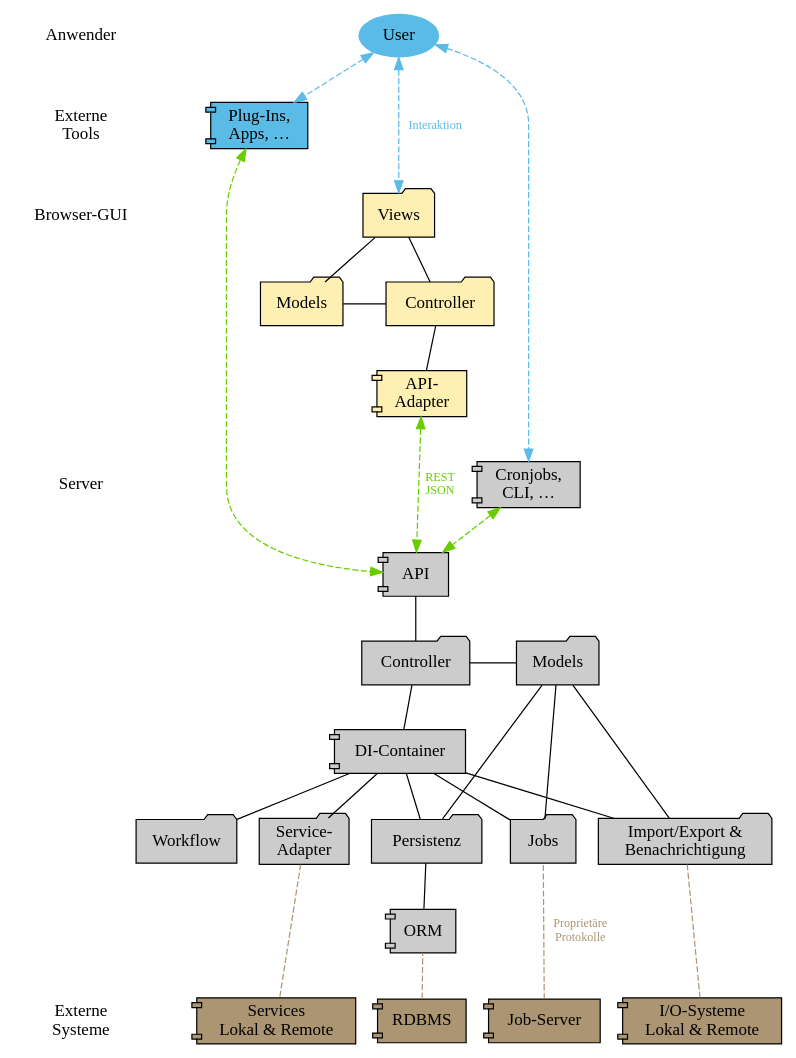
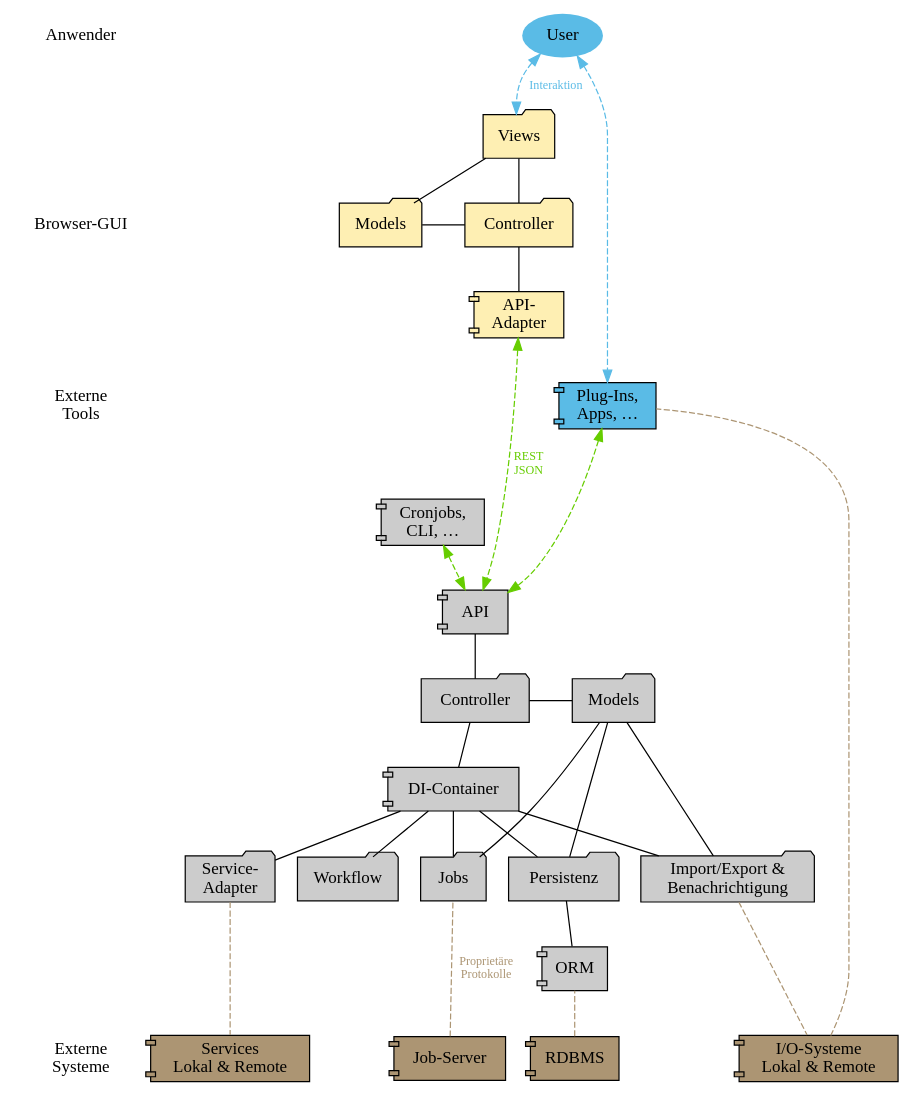
One commit to retext/retext changed the diagram in documents/thesis/media/komponenten.dot. Above: the diagram before and after it, drawn with Graphviz. The commit also changed 4 other files, not shown here.

```diff
--- a/documents/thesis/media/komponenten.dot
+++ b/documents/thesis/media/komponenten.dot
@@ -1,145 +1,148 @@
 digraph G {
 rankdir=TB
 
 edge [ arrowhead=onormal dir=forward fontsize=10 ]
+
 node [ style=filled fillcolor="#5abbe6" ]
 
 subgraph user {
   rank=same 
   ruser [ label="Anwender" shape=none style=solid ]
   user [ style=filled label="User" penwidth=0 ]
 }
 
+node [ fillcolor="#feefb3" ]
 
 subgraph c1 {
   rank=same
-  r1 [ label="Externe\nTools" shape=none style=solid ]
-  PlugIns [ shape=component label="Plug-Ins,\nApps, …" ]
+  r1 [ style=invis ]
+  GuiViews [ label="Views" shape=folder ]
 }
 
-node [ fillcolor="#feefb3" ]
+
 
 subgraph c2 {
   rank=same
   r2 [ label="Browser-GUI" shape=none style=solid ]
-  GuiViews [ label="Views" shape=folder ]
+  GuiController [ label=Controller shape=folder ]
+  GuiModels [ label=Models shape=folder ]
 }
 
 subgraph c3 {
   rank=same
   r3 [ style=invis ]
-  GuiController [ label=Controller shape=folder ]
-  GuiModels [ label=Models shape=folder ]
+  ApiAdapter [ label="API-\nAdapter" shape=component ]
 }
+
+node [ fillcolor="#5abbe6" ]
 
 subgraph c4 {
   rank=same
-  r4 [ style=invis ]
-  ApiAdapter [ label="API-\nAdapter" shape=component ]
+  r4 [ label="Externe\nTools" shape=none style=solid ]
+  
+PlugIns [ shape=component label="Plug-Ins,\nApps, …" ]
 }
 
 node [ fillcolor="#cccccc" penwidth=1 ]
 
 subgraph c5 {
   rank=same
-  r5 [ label="Server" shape=none style=solid ]
+  r5 [ style=invis ]
   Shell [ shape=component label="Cronjobs,\nCLI, …" ]
 }
 
 subgraph c6 {
   rank=same
   r6 [ style=invis ]
   API [ shape=component ]
 }
 
 subgraph c7 {
   rank=same
   r7 [ style=invis ]
   Controller [ shape=folder ]
   Models [ shape=folder ]
 }
 
 subgraph c75 {
   rank=same
   r75 [ style=invis ]
   di [ label="DI-Container" shape=component ]
 }
 
 subgraph c8 {
   rank=same
   r8 [ style=invis ]
-
   IO [ label="Import/Export &\nBenachrichtigung" shape=folder ]
   Jobs [ shape=folder ]
   Persistenz [ shape=folder ]
   Workflow [ shape=folder ]
   ServiceAdapter [ shape=folder label="Service-\nAdapter" ]
 }
 
 subgraph c9 {
   rank=same
   r9 [ style=invis ]
   orm [ label="ORM" shape=component ]
 }
 
 node [ fillcolor="#AC9573" ]
 
 subgraph extern {
   rank=same
   extern [ label="Externe\nSysteme" shape=none style=solid ]
   RDBMS [ shape=component ]
   jobserver [ shape=component label="Job-Server" ]
   iosub [ shape=component label="I/O-Systeme\nLokal & Remote" ]
   Services [ shape=component label="Services\nLokal & Remote" ]
 }
 
 
 # Reihenfolge der Schichten erzwingen
 edge [ style=invis ]
 ruser -> r1 -> r2 -> r3 -> r4 -> r5 -> r6 -> r7 -> r75 -> r8 -> r9 -> extern
 
 edge [ style=solid dir=none arrowhead=none ]
 
 di -> Controller
 
 edge [ tailport=none ]
 
 di -> Persistenz
 di -> IO
 di -> Jobs
 di -> Workflow
 di -> ServiceAdapter
 
 edge [ headport=none tailport=none ]
 
-API -> Controller
+API -> Controller [ weight=10 ]
 Persistenz -> Models
 Controller -> Models
 Jobs -> Models
 IO -> Models
 
 GuiController -> ApiAdapter
 GuiController -> GuiViews
 GuiModels -> GuiViews
 GuiModels -> GuiController
 Persistenz -> orm
 
 edge [ color="#AC9573" style=dashed arrowhead=normal arrowtail=normal fontcolor="#AC9573" ]
-jobserver -> Jobs [ label=" Proprietäre\nProtokolle" ]
+jobserver -> Jobs [ label="Proprietäre\nProtokolle" ]
 RDBMS -> orm
 IO -> iosub
 ServiceAdapter -> Services
+iosub -> PlugIns
 
 edge [ arrowhead=normal dir=both color="#5abbe6" fontcolor="#5abbe6" ]
-user -> Shell
 user -> PlugIns
-user -> GuiViews [ label=" Interaktion" ]
+user -> GuiViews [ label="Interaktion" ]
 
 edge [ color="#66cd00" fontcolor="#66cd00" ]
-ApiAdapter -> API [ label=" REST\nJSON" ]
+ApiAdapter -> API [ label=" REST\n JSON" ]
 PlugIns -> API
 Shell -> API
 
 
-
 }
```
